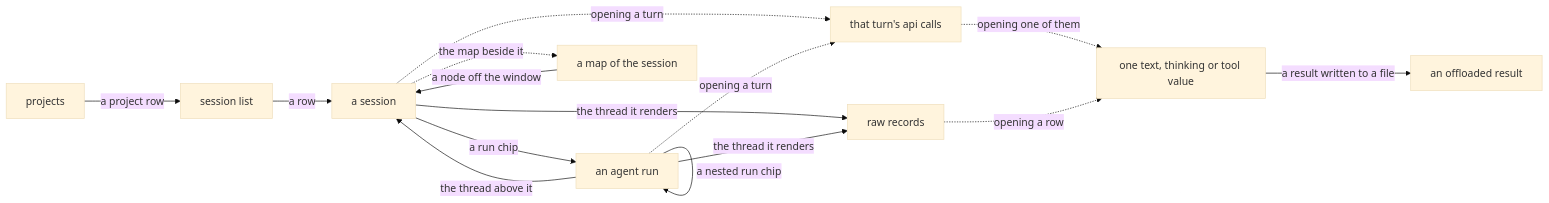
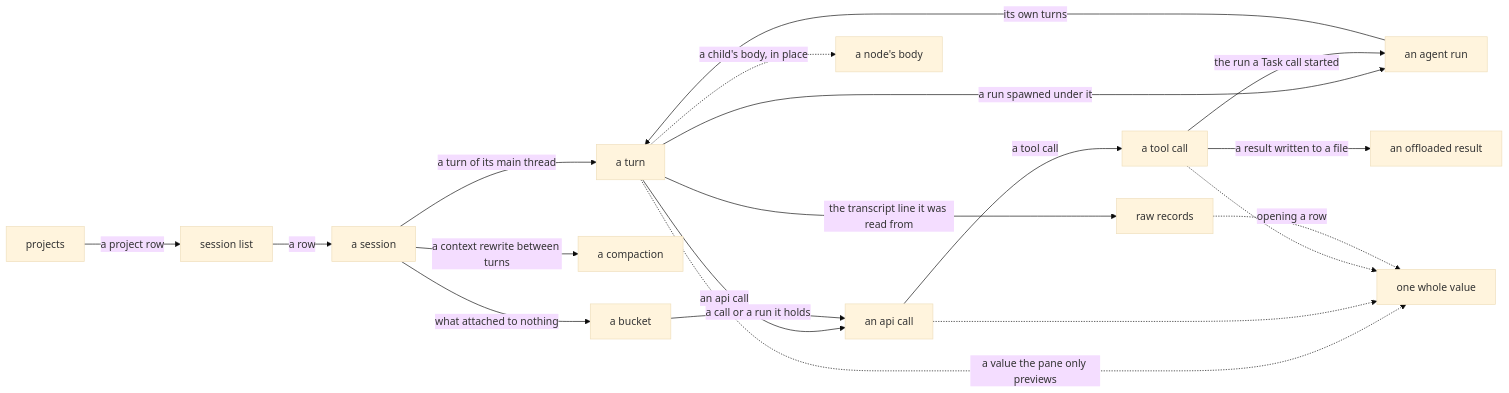
One commit to nathanielobrown/aiobserve changed the diagram in docs/viewer.md. Above: the diagram before and after it, drawn with Mermaid (base theme). The commit also changed other lines of this file and 1 other file, not shown here.

First line of the commit message:
📚 Rewrite the viewer guide for the node browser

````diff
--- a/docs/viewer.md
+++ b/docs/viewer.md
@@ -9,17 +9,21 @@
 ```mermaid
 flowchart LR
     projects["projects"] -->|"a project row"| session_list["session list"]
-    session_list -->|"a row"| session_page["a session"]
-    session_page -->|"a run chip"| run_page["an agent run"]
-    session_page -.->|"the map beside it"| session_map["a map of the session"]
-    session_map -->|"a node off the window"| session_page
-    run_page -->|"a nested run chip"| run_page
-    run_page -->|"the thread above it"| session_page
-    session_page -->|"the thread it renders"| records_page["raw records"]
-    run_page -->|"the thread it renders"| records_page
-    session_page -.->|"opening a turn"| turn_calls["that turn's api calls"]
-    run_page -.->|"opening a turn"| turn_calls
-    turn_calls -.->|"opening one of them"| one_value["one text, thinking or tool value"]
-    records_page -.->|"opening a row"| one_value
-    one_value -->|"a result written to a file"| offload_page["an offloaded result"]
+    session_list -->|"a row"| session["a session"]
+    session -->|"a turn of its main thread"| turn["a turn"]
+    session -->|"a context rewrite between turns"| compaction["a compaction"]
+    session -->|"what attached to nothing"| bucket["a bucket"]
+    turn -->|"an api call"| api_call["an api call"]
+    turn -->|"a run spawned under it"| run["an agent run"]
+    api_call -->|"a tool call"| tool["a tool call"]
+    tool -->|"the run a Task call started"| run
+    run -->|"its own turns"| turn
+    bucket -->|"a call or a run it holds"| api_call
+    turn -->|"the transcript line it was read from"| records["raw records"]
+    tool -->|"a result written to a file"| offload["an offloaded result"]
+    turn -.->|"a value the pane only previews"| value["one whole value"]
+    api_call -.-> value
+    tool -.-> value
+    records -.->|"opening a row"| value
+    turn -.->|"a child's body, in place"| body["a node's body"]
 ```
````
